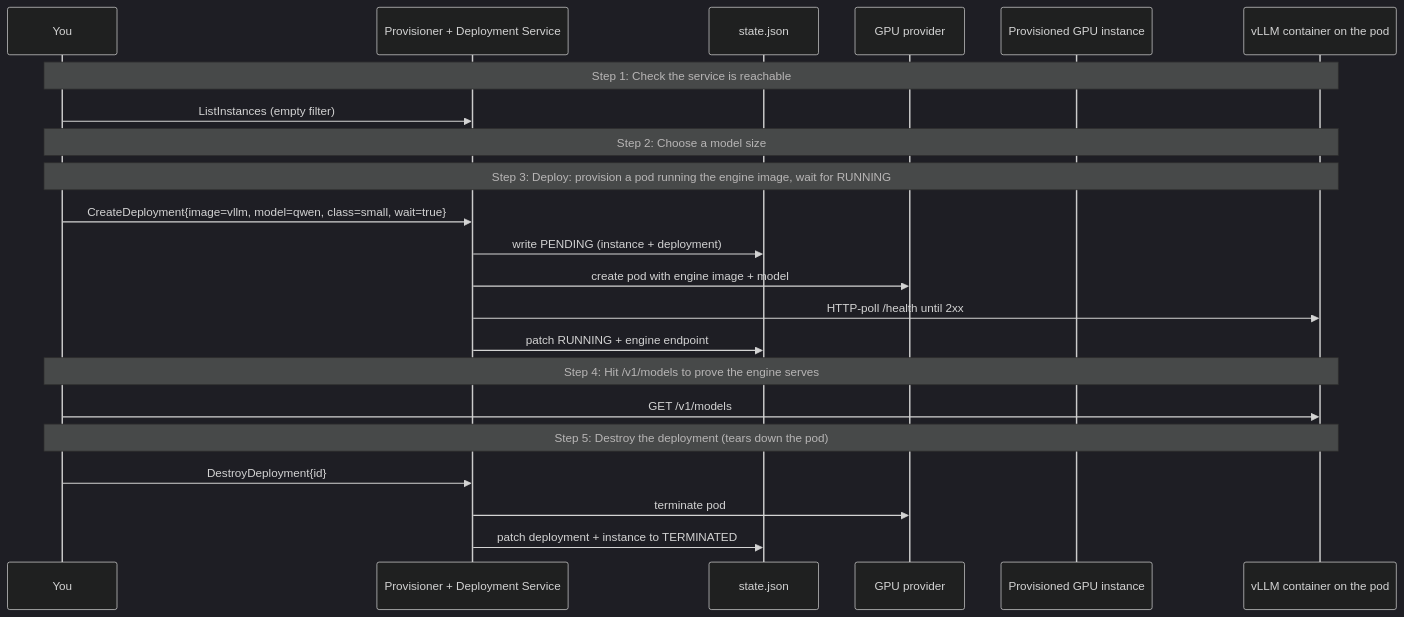
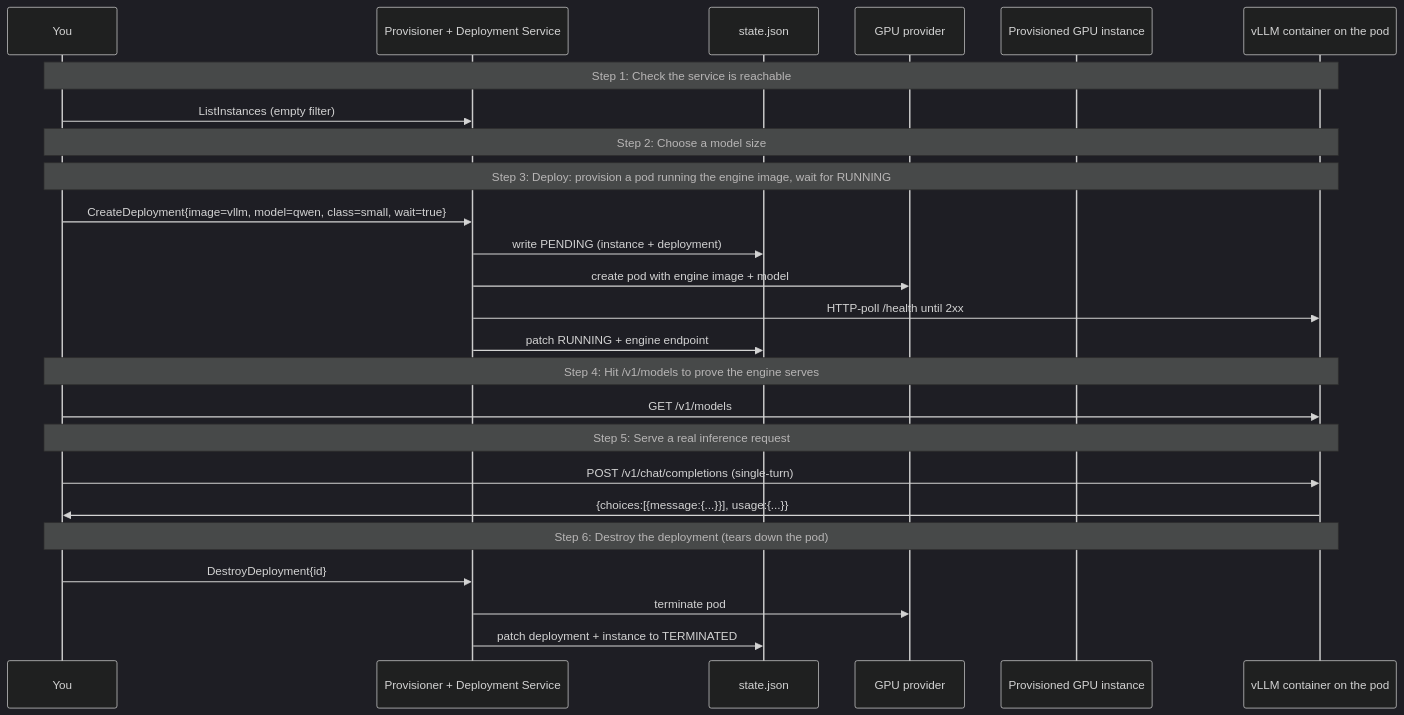
The diagram in examples/provisioning/03-deploy-end-to-end/RUN.md (inference-book/inference-plane), drawn with Mermaid (dark theme) before and after one commit. The commit also changed other lines of this file and 6 other files, not shown here.

````diff
--- a/examples/provisioning/03-deploy-end-to-end/RUN.md
+++ b/examples/provisioning/03-deploy-end-to-end/RUN.md
@@ -15,29 +16,33 @@
 ```mermaid
 sequenceDiagram
     participant Operator as You
     participant iplane as Provisioner + Deployment Service
     participant State as state.json
     participant RunPod as GPU provider
     participant Pod as Provisioned GPU instance
     participant Engine as vLLM container on the pod
 
     Note over Operator,Engine: Step 1: Check the service is reachable
     Operator->>iplane: ListInstances (empty filter)
 
     Note over Operator,Engine: Step 2: Choose a model size
 
     Note over Operator,Engine: Step 3: Deploy: provision a pod running the engine image, wait for RUNNING
     Operator->>iplane: CreateDeployment{image=vllm, model=qwen, class=small, wait=true}
     iplane->>State: write PENDING (instance + deployment)
     iplane->>RunPod: create pod with engine image + model
     iplane->>Engine: HTTP-poll /health until 2xx
     iplane->>State: patch RUNNING + engine endpoint
 
     Note over Operator,Engine: Step 4: Hit /v1/models to prove the engine serves
     Operator->>Engine: GET /v1/models
 
-    Note over Operator,Engine: Step 5: Destroy the deployment (tears down the pod)
+    Note over Operator,Engine: Step 5: Serve a real inference request
+    Operator->>Engine: POST /v1/chat/completions (single-turn)
+    Engine->>Operator: {choices:[{message:{...}}], usage:{...}}
+
+    Note over Operator,Engine: Step 6: Destroy the deployment (tears down the pod)
     Operator->>iplane: DestroyDeployment{id}
     iplane->>RunPod: terminate pod
     iplane->>State: patch deployment + instance to TERMINATED
 ```
````
